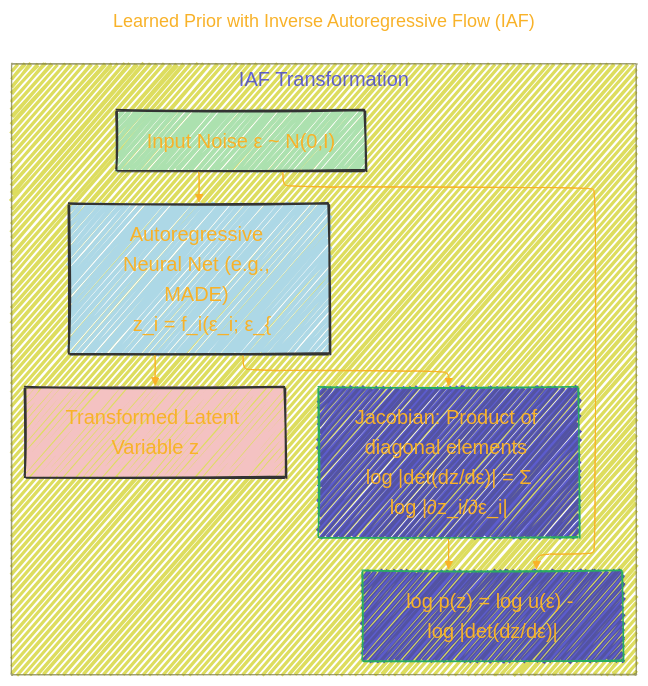
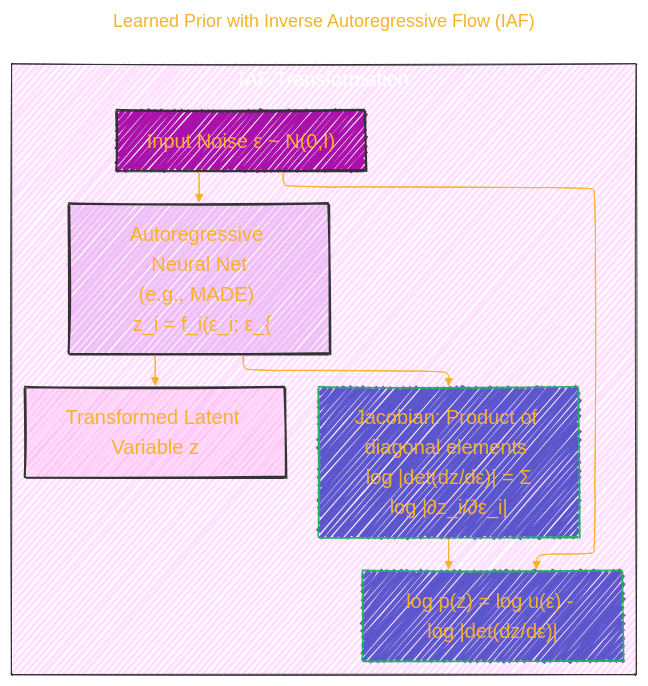
The fourth of 5 diagrams in Variational_Lossy_Autoencoder/Variational_Lossy_Autoencoder.md (CongLeSolutionX/Ilya_Sutskever_reading_list), drawn with Mermaid before and after one commit. The commit also changed other lines of this file, not shown here.

````diff
--- a/Variational_Lossy_Autoencoder/Variational_Lossy_Autoencoder.md
+++ b/Variational_Lossy_Autoencoder/Variational_Lossy_Autoencoder.md
@@ -359,46 +370,47 @@
 ```mermaid
 ---
 title: "Learned Prior with Inverse Autoregressive Flow (IAF)"
 author: "Cong Le"
 version: "1.0"
 license(s): "MIT, CC BY-SA 4.0"
 copyright: "Copyright (c) 2025 Cong Le. All Rights Reserved."
 config:
   layout: elk
   theme: base
   look: handDrawn
 ---
 %%%%%%%% Mermaid version v11.4.1-b.14
 %%%%%%%% Available curve styles include the following keywords:
 %% basis, bumpX, bumpY, cardinal, catmullRom, linear, monotoneX, monotoneY, natural, step, stepAfter, stepBefore.
 %%{
   init: {
     'flowchart': { 'htmlLabels': true, 'curve': 'basis' },
     'fontFamily': 'American Typewriter, monospace',
     'logLevel': 'fatal',
     'themeVariables': {
       'primaryColor': '#22BB',
       'primaryTextColor': '#F8B229',
       'lineColor': '#F8B229',
       'primaryBorderColor': '#27AE60',
       'secondaryColor': '#E2F1',
       'secondaryTextColor': '#6C3483',
       'secondaryBorderColor': '#A569BD',
       'fontSize': '20px'
     }
   }
 }%%
 flowchart TD
-    subgraph IAF Transformation
-        Epsilon["Input Noise ε ~ N(0,I)"] --> AutoregressiveNN["Autoregressive Neural Net (e.g., MADE) <br> z_i = f_i(ε_i; ε_{<i}, h)"]
+    subgraph IAF_Transformation["IAF Transformation"]
+    style IAF_Transformation fill:#F2F2,stroke:#333,stroke-width:1px, color: #FFFF
+        Epsilon["Input Noise ε ~ N(0,I)"] --> AutoregressiveNN["Autoregressive Neural Net<br/>(e.g., MADE) <br/> z_i = f_i(ε_i; ε_{<i}, h)"]
         AutoregressiveNN --> Z_transformed["Transformed Latent Variable z"]
         AutoregressiveNN --> Jacobian["Jacobian: Product of diagonal elements <br> log |det(dz/dε)| = Σ log |∂z_i/∂ε_i|"]
         LogP_z["log p(z) = log u(ε) - log |det(dz/dε)|"]
         Epsilon --> LogP_z
         Jacobian --> LogP_z
     end
 
-    style Epsilon fill:#ACE1AF,stroke:#333,stroke-width:2px
-    style Z_transformed fill:#F4C2C2,stroke:#333,stroke-width:2px
-    style AutoregressiveNN fill:#ADD8E6,stroke:#333,stroke-width:2px
+    style Epsilon fill:#A1AF,stroke:#333,stroke-width:2px
+    style Z_transformed fill:#F2C2,stroke:#333,stroke-width:2px
+    style AutoregressiveNN fill:#D8E6,stroke:#333,stroke-width:2px
 ```
````
